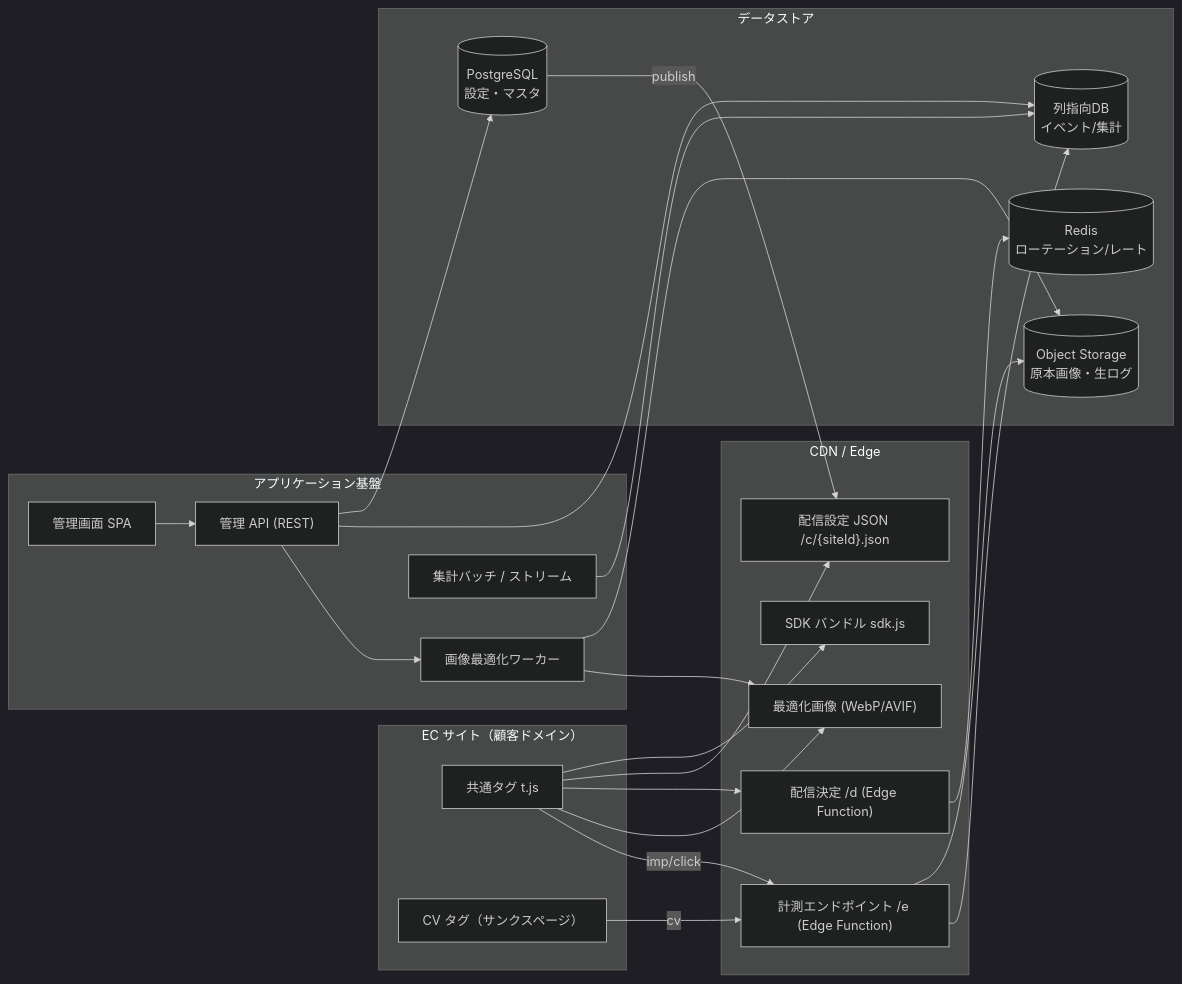
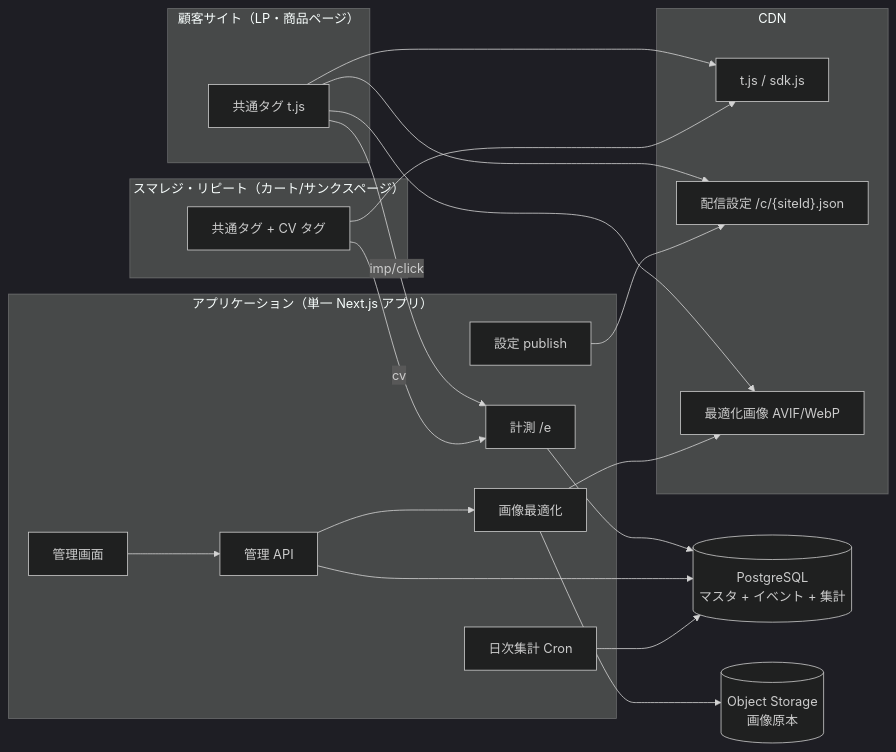
The first of 3 diagrams in docs/02-architecture.md (t-kamiya-lgtm/popup), drawn with Mermaid (dark theme) before and after one commit. The commit also changed other lines of this file and 10 other files, not shown here.

````diff
--- a/docs/02-architecture.md
+++ b/docs/02-architecture.md
@@ -5,48 +25,41 @@
 ```mermaid
 flowchart LR
-  subgraph EC["EC サイト（顧客ドメイン）"]
+  subgraph EC["顧客サイト（LP・商品ページ）"]
     TAG["共通タグ t.js"]
-    CVTAG["CV タグ（サンクスページ）"]
+  end
+  subgraph CART["スマレジ・リピート（カート/サンクスページ）"]
+    CVTAG["共通タグ + CV タグ"]
   end
 
-  subgraph EDGE["CDN / Edge"]
-    CDNJS["SDK バンドル sdk.js"]
-    CDNCFG["配信設定 JSON /c/{siteId}.json"]
-    IMG["最適化画像 (WebP/AVIF)"]
-    COLL["計測エンドポイント /e (Edge Function)"]
-    DEC["配信決定 /d (Edge Function)"]
+  subgraph CDN["CDN"]
+    JS["t.js / sdk.js"]
+    CFG["配信設定 /c/{siteId}.json"]
+    IMG["最適化画像 AVIF/WebP"]
   end
 
-  subgraph CORE["アプリケーション基盤"]
-    API["管理 API (REST)"]
-    ADMIN["管理画面 SPA"]
-    IMGPROC["画像最適化ワーカー"]
-    AGG["集計バッチ / ストリーム"]
+  subgraph APP["アプリケーション（単一 Next.js アプリ）"]
+    COLL["計測 /e"]
+    ADMIN["管理画面"]
+    API["管理 API"]
+    PUB["設定 publish"]
+    IMGP["画像最適化"]
+    CRON["日次集計 Cron"]
   end
 
-  subgraph DATA["データストア"]
-    PG[("PostgreSQL\n設定・マスタ")]
-    REDIS[("Redis\nローテーション/レート")]
-    S3[("Object Storage\n原本画像・生ログ")]
-    OLAP[("列指向DB\nイベント/集計")]
-  end
+  PG[("PostgreSQL\nマスタ + イベント + 集計")]
+  S3[("Object Storage\n画像原本")]
 
-  TAG --> CDNJS
-  TAG --> CDNCFG
-  TAG --> DEC
+  TAG --> JS
+  TAG --> CFG
   TAG --> IMG
   TAG -- imp/click --> COLL
   CVTAG -- cv --> COLL
+  CVTAG --> JS
 
-  COLL --> S3
-  COLL --> OLAP
-  DEC --> REDIS
-  ADMIN --> API
-  API --> PG
-  API --> OLAP
-  API --> IMGPROC
-  IMGPROC --> S3
-  IMGPROC --> IMG
-  AGG --> OLAP
-  PG -- publish --> CDNCFG
+  COLL --> PG
+  ADMIN --> API --> PG
+  API --> IMGP --> S3
+  IMGP --> IMG
+  PUB --> CFG
+  CRON --> PG
 ```
````
